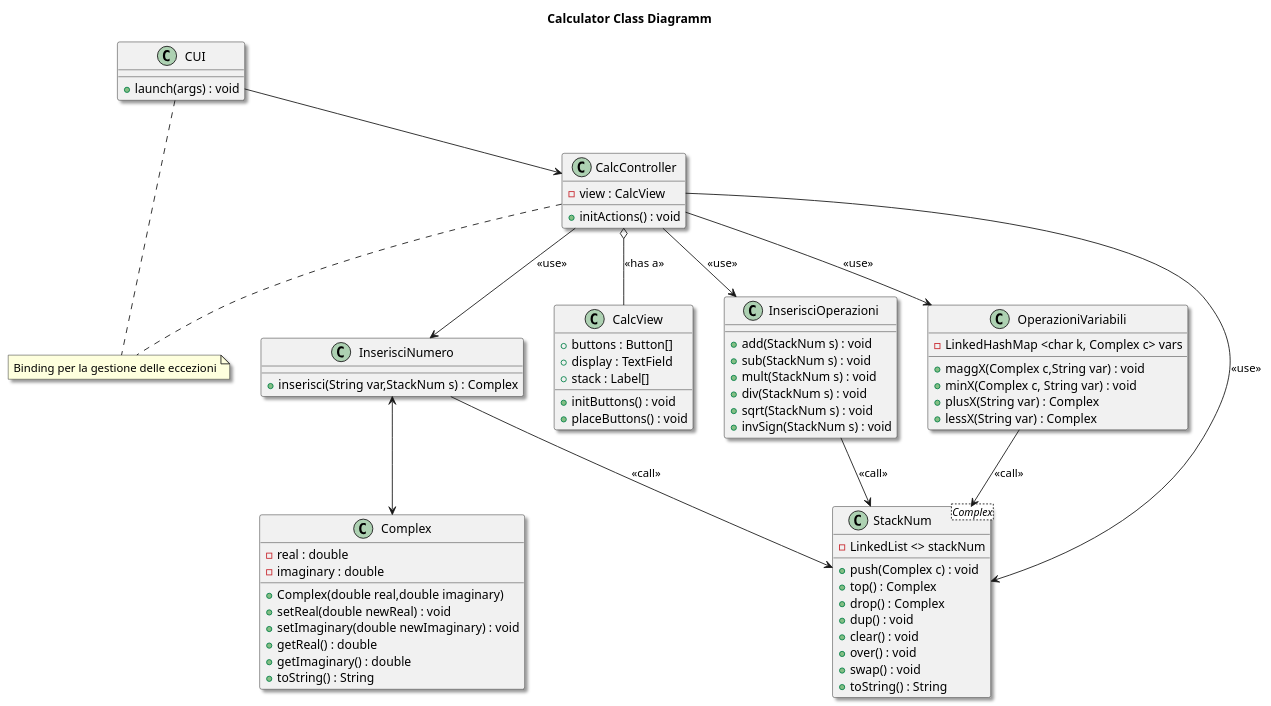
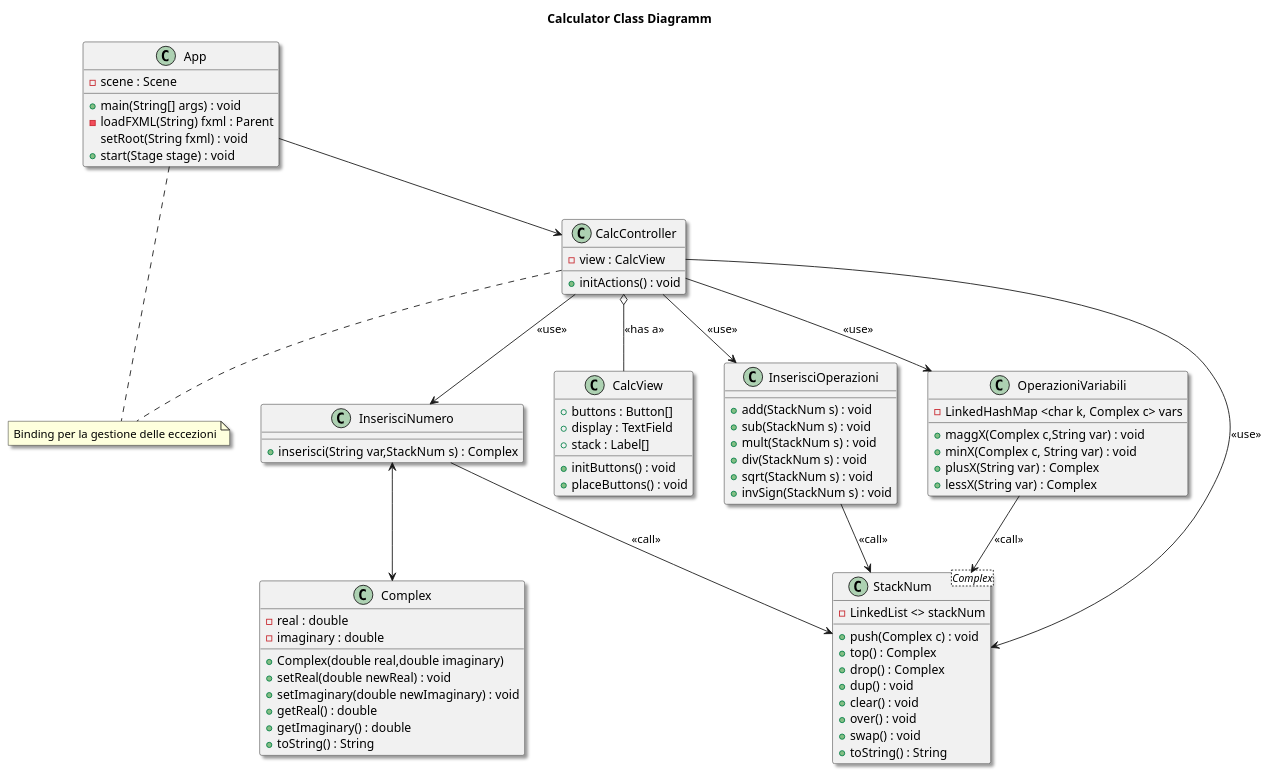
Before and after one commit to LuciaNancyLavista/Gruppo06_software_eng_L.I.V.P: the diagram in CalcolatriceProgrammabile/Diagrams/Class Diagrams/ClassDiagrammDefinitivo.puml, drawn with PlantUML. The commit also changed 6 other files, not shown here.

First line of the commit message:
Update Diagrams

```diff
--- a/CalcolatriceProgrammabile/Diagrams/Class Diagrams/ClassDiagrammDefinitivo.puml
+++ b/CalcolatriceProgrammabile/Diagrams/Class Diagrams/ClassDiagrammDefinitivo.puml
@@ -1,91 +1,95 @@
 @startuml classDiagramm
 skinparam shadowing true
 title Calculator Class Diagramm 
 
 note "Binding per la gestione delle eccezioni" as N1
 
 
 class StackNum<Complex>{
     - LinkedList <> stackNum
     + push(Complex c) : void 
     + top() : Complex
     + drop() : Complex
     + dup() : void
     + clear() : void
     + over() : void
     + swap() : void
     + toString() : String 
 }
 
 
 
-class CUI{
-    + launch(args) : void
+class App{
+    - scene : Scene
+    + main(String[] args) : void
+    - loadFXML(String) fxml : Parent
+      setRoot(String fxml) : void
+    + start(Stage stage) : void
 }
 
 class CalcController{
     - view : CalcView
     + initActions() : void 
 }
 class CalcView{
     + buttons : Button[]
     + display : TextField
     + stack : Label[] 
     + initButtons() : void
     + placeButtons() : void 
 }
 
 class InserisciNumero{
     + inserisci(String var,StackNum s) : Complex 
 }
 
 class Complex{
     - real : double
     - imaginary : double
     + Complex(double real,double imaginary)
     + setReal(double newReal) : void 
     + setImaginary(double newImaginary) : void
     + getReal() : double
     + getImaginary() : double
     + toString() : String
 }
 
 class InserisciOperazioni{
     + add(StackNum s) : void
     + sub(StackNum s) : void 
     + mult(StackNum s) : void
     + div(StackNum s) : void
     + sqrt(StackNum s) : void
     + invSign(StackNum s) : void
 }
 
 class OperazioniVariabili{
     - LinkedHashMap <char k, Complex c> vars
     + maggX(Complex c,String var) : void
     + minX(Complex c, String var) : void
     + plusX(String var) : Complex
     + lessX(String var) : Complex
 }
 
-CUI --> CalcController
+App --> CalcController
 
 CalcController .. N1
-CUI .. N1
+App .. N1
 
 CalcController --> InserisciOperazioni : <<use>>
 CalcController --> InserisciNumero : <<use>>
 CalcController --> StackNum : <<use>>
 CalcController --> OperazioniVariabili : <<use>>
 CalcController o-- CalcView : <<has a>>
 
 
 InserisciNumero <--> Complex
 
 
 OperazioniVariabili --> StackNum : <<call>>
 InserisciOperazioni --> StackNum : <<call>>
 InserisciNumero --> StackNum : <<call>>
 
 
 
 @enduml
```
